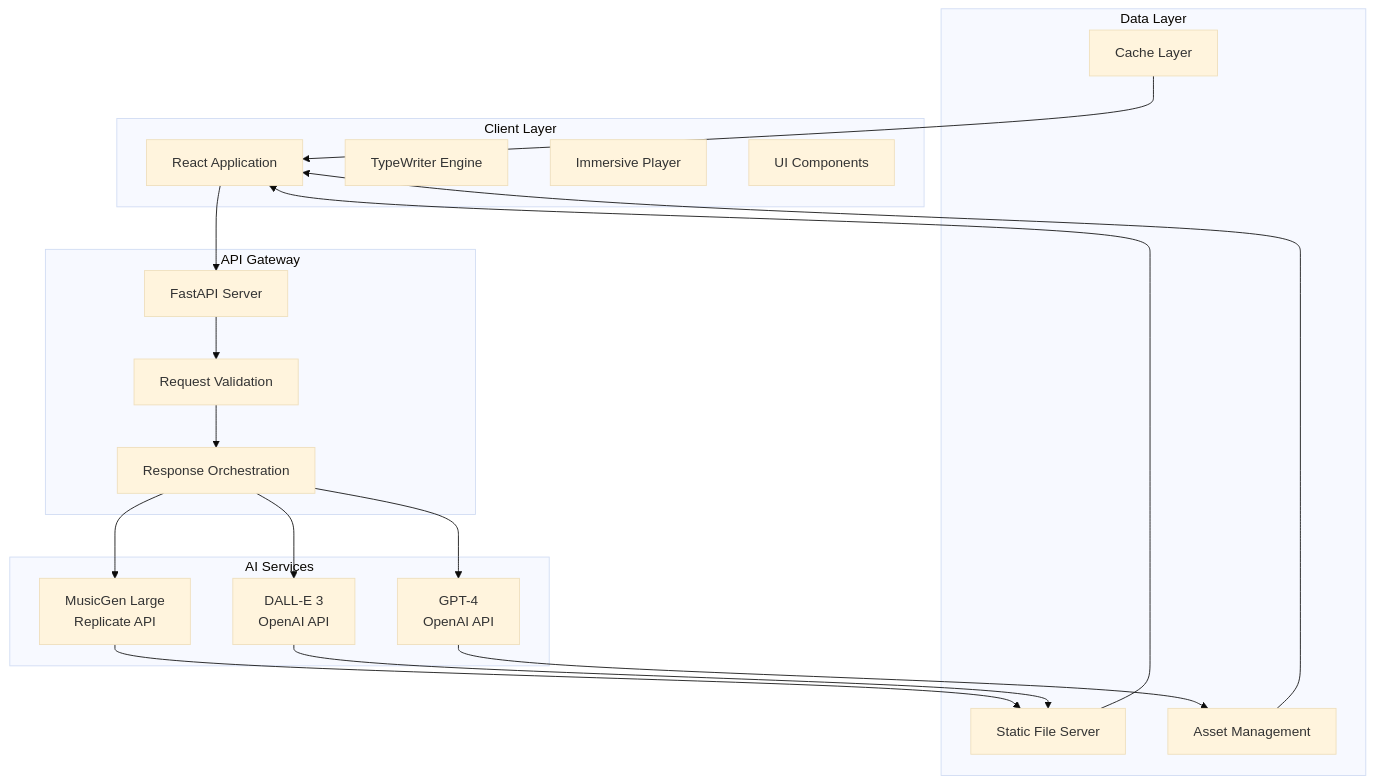
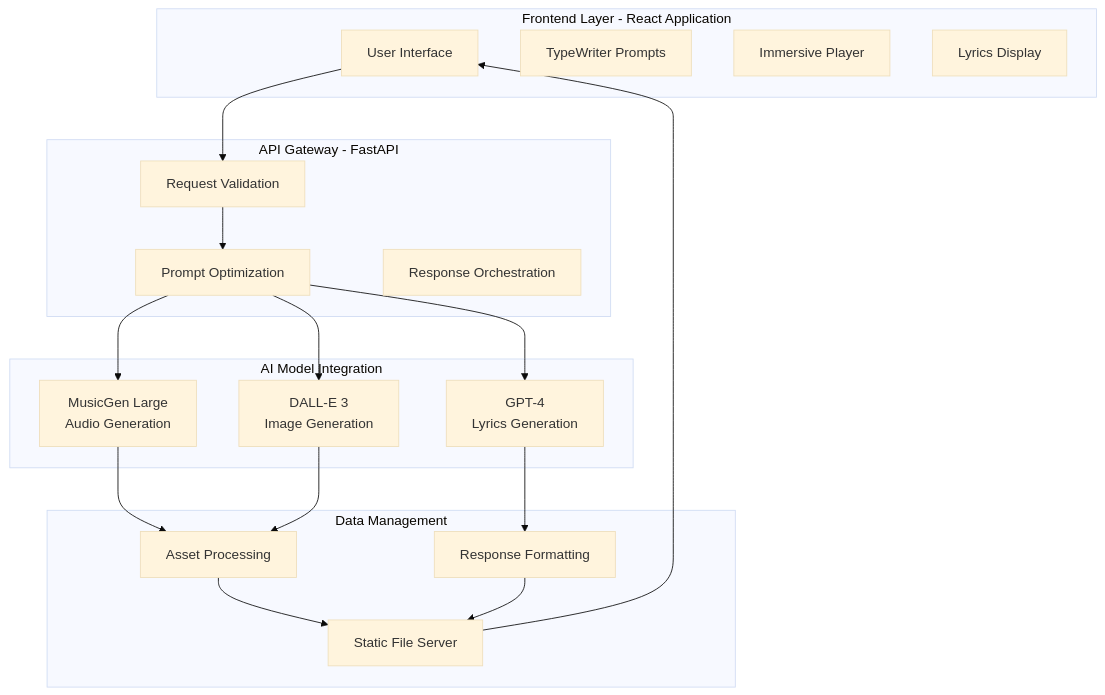
The diagram in README.md (ManishKondoju/Prompt2Track), drawn with Mermaid (base theme) before and after one commit. The commit also changed other lines of this file, not shown here.

````diff
--- a/README.md
+++ b/README.md
@@ -85,40 +50,39 @@
 ```mermaid
 graph TB
-    subgraph "Client Layer"
-        A[React Application]
-        B[TypeWriter Engine]
+    subgraph "Frontend Layer - React Application"
+        A[User Interface]
+        B[TypeWriter Prompts]
         C[Immersive Player]
-        D[UI Components]
+        D[Lyrics Display]
     end
     
-    subgraph "API Gateway"
-        E[FastAPI Server]
-        F[Request Validation]
+    subgraph "API Gateway - FastAPI"
+        E[Request Validation]
+        F[Prompt Optimization]
         G[Response Orchestration]
     end
     
-    subgraph "AI Services"
-        H[MusicGen Large<br/>Replicate API]
-        I[DALL-E 3<br/>OpenAI API]
-        J[GPT-4<br/>OpenAI API]
+    subgraph "AI Model Integration"
+        H[MusicGen Large<br/>Audio Generation]
+        I[DALL-E 3<br/>Image Generation]
+        J[GPT-4<br/>Lyrics Generation]
     end
     
-    subgraph "Data Layer"
+    subgraph "Data Management"
         K[Static File Server]
-        L[Asset Management]
-        M[Cache Layer]
+        L[Asset Processing]
+        M[Response Formatting]
     end
     
     A --> E
     E --> F
-    F --> G
-    G --> H
-    G --> I  
-    G --> J
-    H --> K
-    I --> K
-    J --> L
+    F --> H
+    F --> I
+    F --> J
+    H --> L
+    I --> L
+    J --> M
+    L --> K
+    M --> K
     K --> A
-    L --> A
-    M --> A
 ```
````
